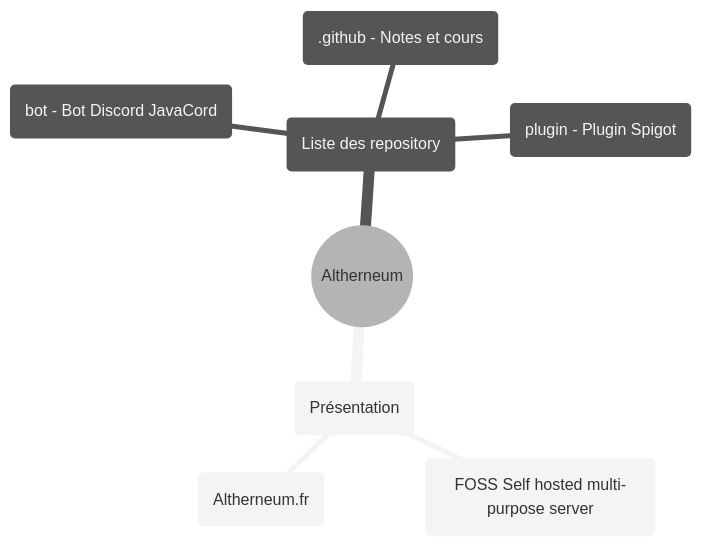
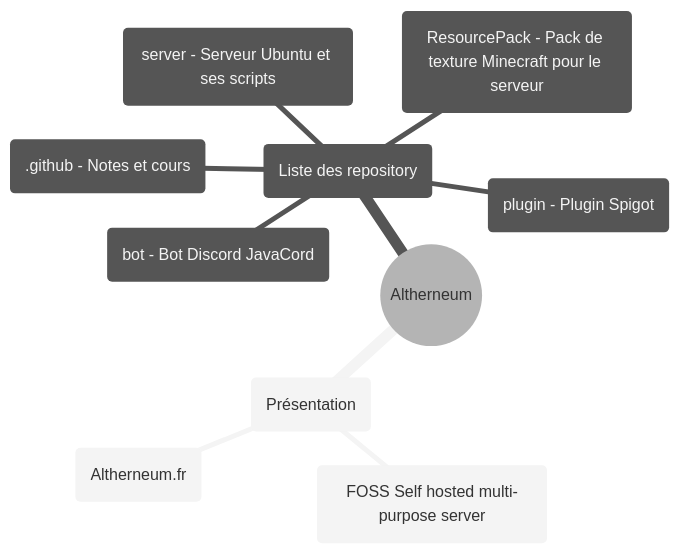
The diagram in note/Github/mind-map.md (Altherneum/.github), drawn with Mermaid (neutral theme) before and after one commit.

````diff
--- a/note/Github/mind-map.md
+++ b/note/Github/mind-map.md
@@ -1,11 +1,13 @@
 ```mermaid
 mindmap
   root((Altherneum))
     (Présentation)
       (FOSS Self hosted multi-purpose server)
       (Altherneum.fr)
     (Liste des repository)
       (bot - Bot Discord JavaCord)
       (.github - Notes et cours)
       (plugin - Plugin Spigot)
+      (server - Serveur Ubuntu et ses scripts)
+      (ResourcePack - Pack de texture Minecraft pour le serveur)
 ```
````
